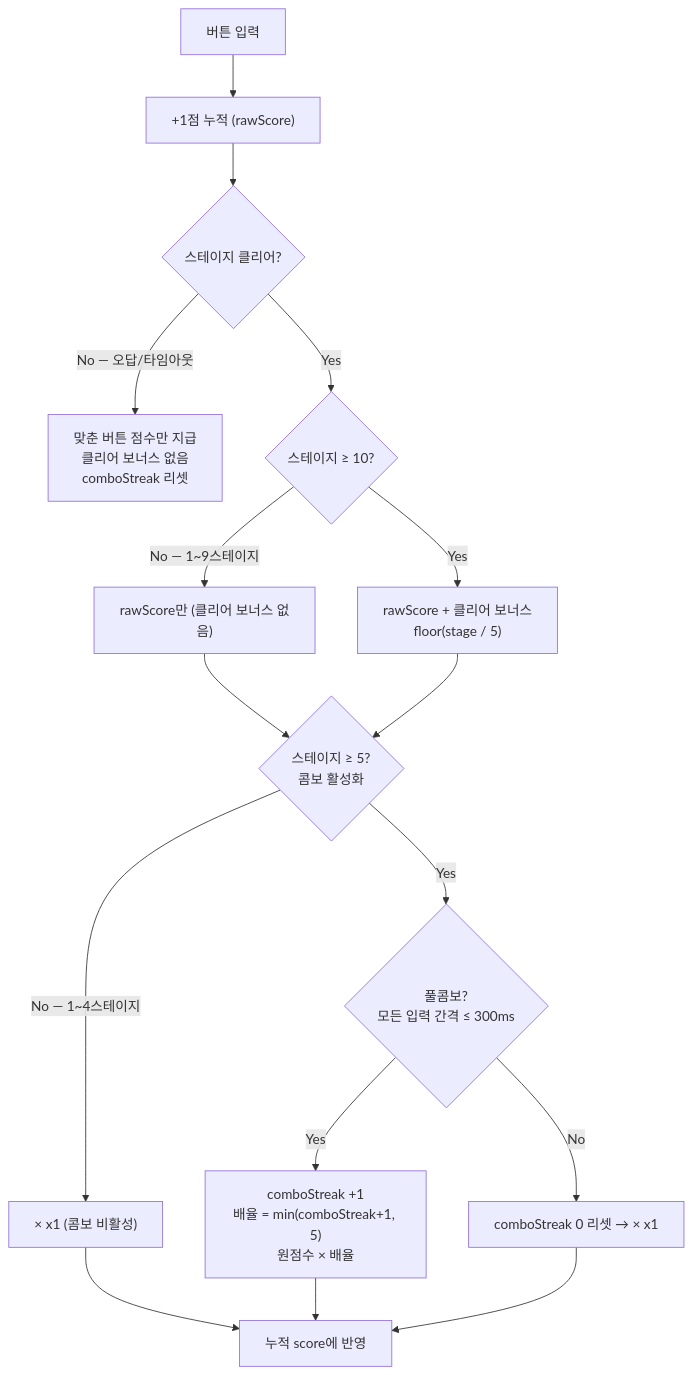
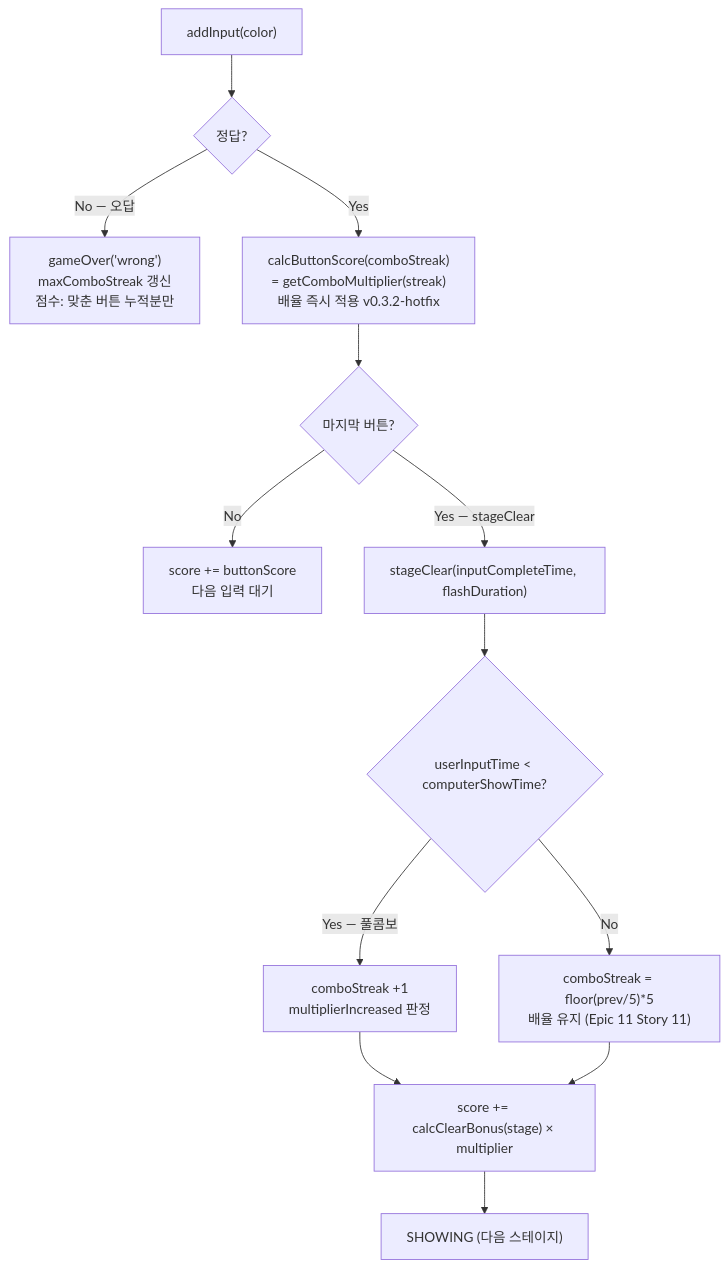
Before and after one commit to alruminum/memory-battle: the fifth of 6 diagrams in docs/architecture.md, drawn with Mermaid. The commit also changed other lines of this file and 8 other files, not shown here.

````diff
--- a/docs/architecture.md
+++ b/docs/architecture.md
@@ -104,18 +170,16 @@
 ```mermaid
 flowchart TD
-  A["버튼 입력"] --> B["+1점 누적 (rawScore)"]
-  B --> C{스테이지 클리어?}
-  C -->|No — 오답/타임아웃| Z["맞춘 버튼 점수만 지급\n클리어 보너스 없음\ncomboStreak 리셋"]
-  C -->|Yes| D{스테이지 ≥ 10?}
-  D -->|No — 1~9스테이지| E["rawScore만 (클리어 보너스 없음)"]
-  D -->|Yes| F["rawScore + 클리어 보너스\nfloor(stage / 5)"]
-  E --> G{스테이지 ≥ 5?\n콤보 활성화}
-  F --> G
-  G -->|No — 1~4스테이지| I["× x1 (콤보 비활성)"]
-  G -->|Yes| H{풀콤보?\n모든 입력 간격 ≤ 300ms}
-  H -->|No| K["comboStreak 0 리셋 → × x1"]
-  H -->|Yes| J["comboStreak +1\n배율 = min(comboStreak+1, 5)\n원점수 × 배율"]
-  I --> L["누적 score에 반영"]
-  J --> L
-  K --> L
+  A["addInput(color)"] --> B{정답?}
+  B -->|No — 오답| Z["gameOver('wrong')\nmaxComboStreak 갱신\n점수: 맞춘 버튼 누적분만"]
+  B -->|Yes| C["calcButtonScore(comboStreak)\n= getComboMultiplier(streak)\n배율 즉시 적용 v0.3.2-hotfix"]
+  C --> D{마지막 버튼?}
+  D -->|No| E["score += buttonScore\n다음 입력 대기"]
+  D -->|Yes — stageClear| F["stageClear(inputCompleteTime, flashDuration)"]
+
+  F --> G{userInputTime < computerShowTime?}
+  G -->|Yes — 풀콤보| H["comboStreak +1\nmultiplierIncreased 판정"]
+  G -->|No| I["comboStreak = floor(prev/5)*5\n배율 유지 (Epic 11 Story 11)"]
+  H --> J["score += calcClearBonus(stage) × multiplier"]
+  I --> J
+  J --> K["SHOWING (다음 스테이지)"]
 ```
````
